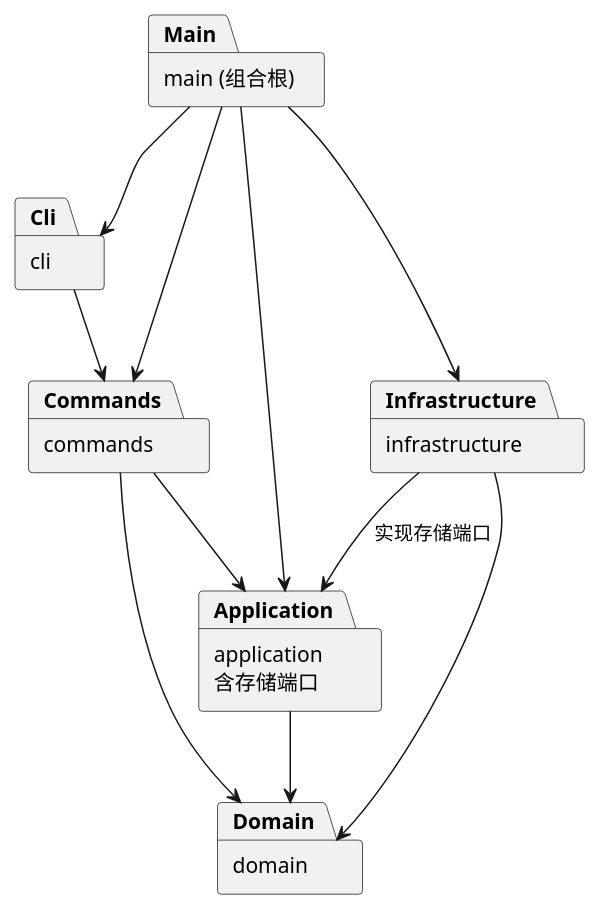
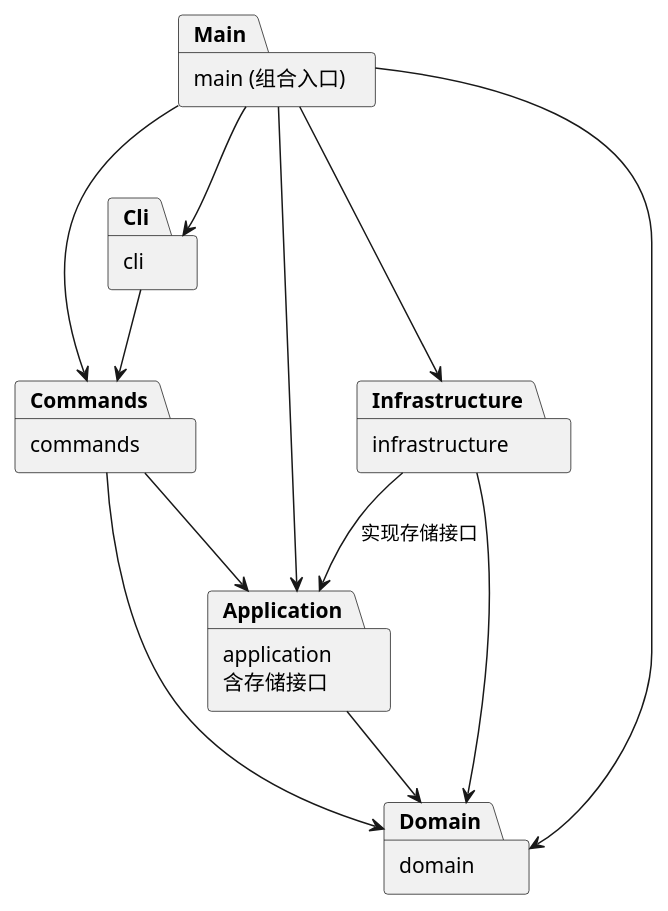
Before and after one commit to AutNiHilo-carry/svg-editor-cli: the diagram in doc/README.md, drawn with PlantUML. The commit also changed other lines of this file, not shown here.

````diff
--- a/doc/README.md
+++ b/doc/README.md
@@ -21,20 +26,21 @@
 ```plantuml
 @startuml
-package "main (组合根)" as Main
+package "main (组合入口)" as Main
 package "cli" as Cli
 package "commands" as Commands
-package "application\n含存储端口" as Application
+package "application\n含存储接口" as Application
 package "domain" as Domain
 package "infrastructure" as Infrastructure
 Main --> Cli
 Main --> Commands
 Main --> Application
+Main --> Domain
 Main --> Infrastructure
 Cli --> Commands
 Commands --> Application
 Commands --> Domain
 Application --> Domain
-Infrastructure --> Application : 实现存储端口
+Infrastructure --> Application : 实现存储接口
 Infrastructure --> Domain
 @enduml
 ```
````
